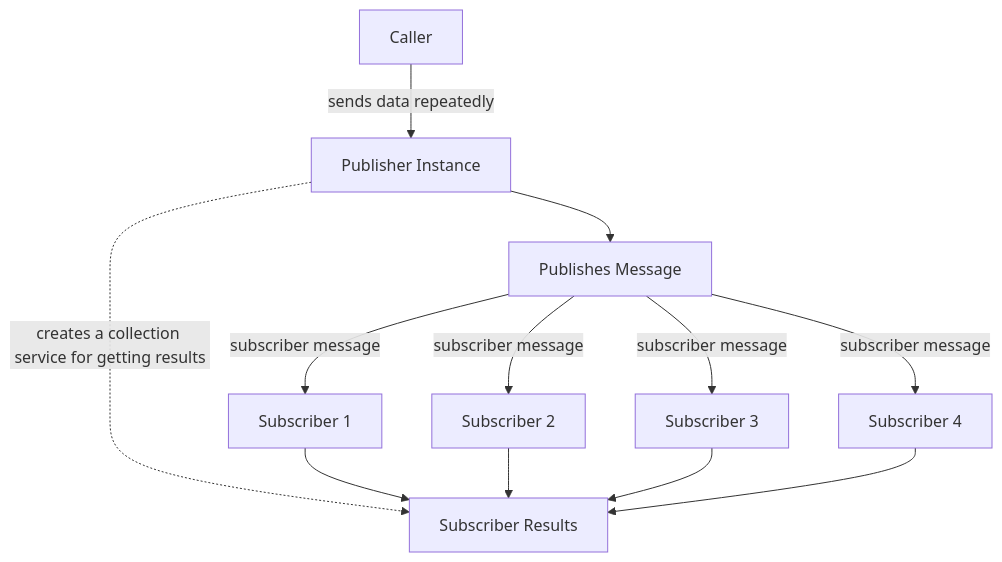
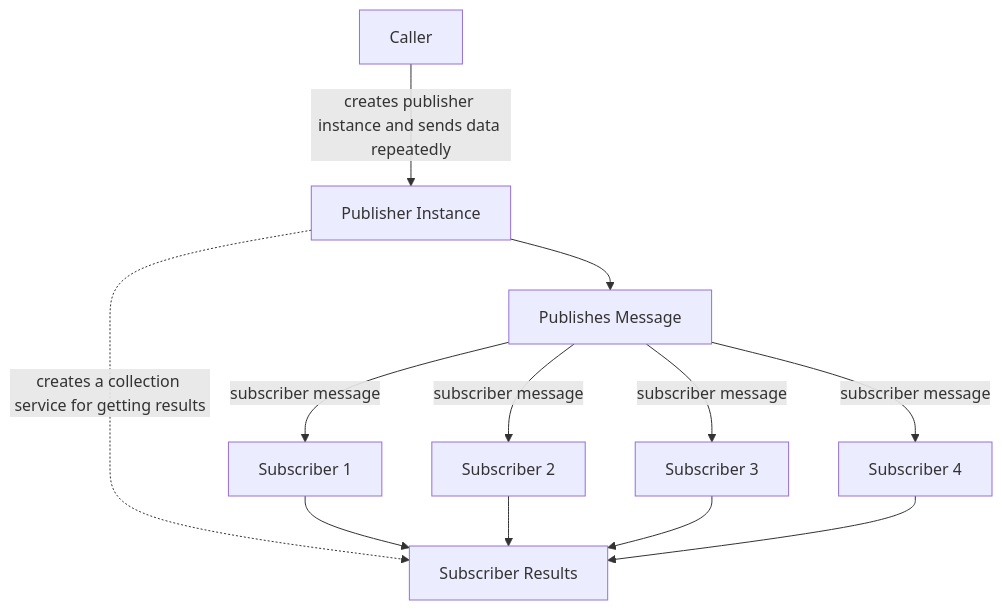
The diagram in cloud_webserver_v2/internal/messaging/README.md (hytech-racing/data_acq_cloud), drawn with Mermaid before and after one commit. The commit also changed 6 other files, not shown here.

````diff
--- a/cloud_webserver_v2/internal/messaging/README.md
+++ b/cloud_webserver_v2/internal/messaging/README.md
@@ -15,16 +15,16 @@
 ```mermaid
 flowchart TD
-    Caller[Caller] --sends data repeatedly--> PublisherClass[Publisher Instance]
+    Caller[Caller] --creates publisher instance and sends data repeatedly--> PublisherClass[Publisher Instance]
     PublisherClass --> Publisher
     PublisherClass -.creates a collection service for getting results.-> Results[Subscriber Results]
     Publisher[Publishes Message] --subscriber message--> B[Subscriber 1]
     Publisher --subscriber message--> C[Subscriber 2]
     Publisher --subscriber message--> D[Subscriber 3]
     Publisher --subscriber message--> E[Subscriber 4]
 
     B --> Results
     C --> Results
     D --> Results
     E --> Results
 
 ```
````
